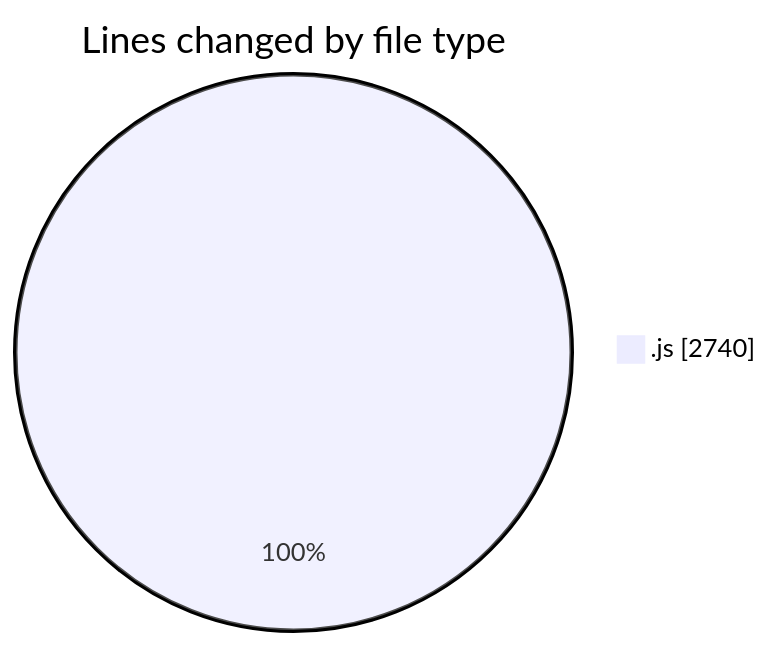
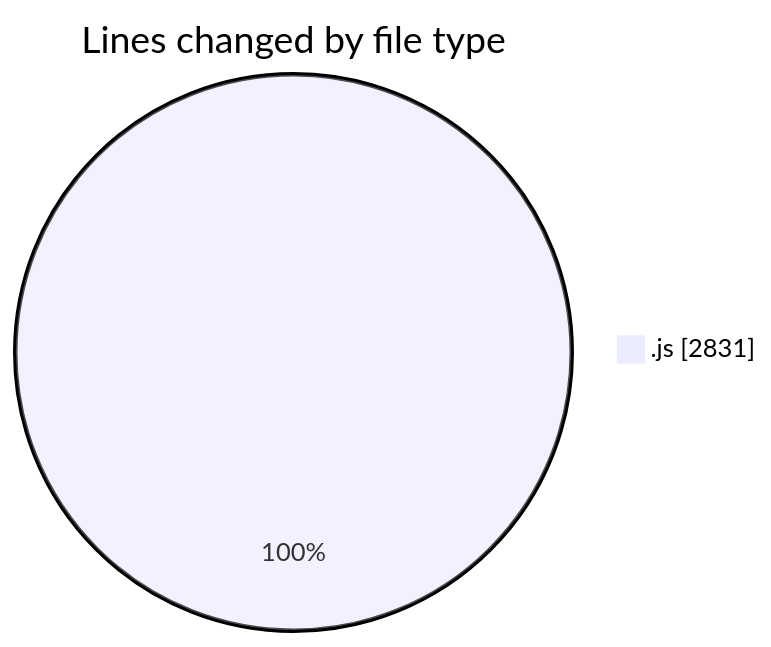
One commit to nxtqubesakshisongat/code-tracking changed the first of 2 diagrams in 2025-09-02/nxtqube_webapp/README.md. Above: the diagram before and after it, drawn with Mermaid. The commit also changed other lines of this file and 1 other file, not shown here.

````diff
--- a/2025-09-02/nxtqube_webapp/README.md
+++ b/2025-09-02/nxtqube_webapp/README.md
@@ -20,5 +20,5 @@
 ```mermaid
 pie showData
 title Lines changed by file type
-".js" : 2740
+".js" : 2831
 ```
````
